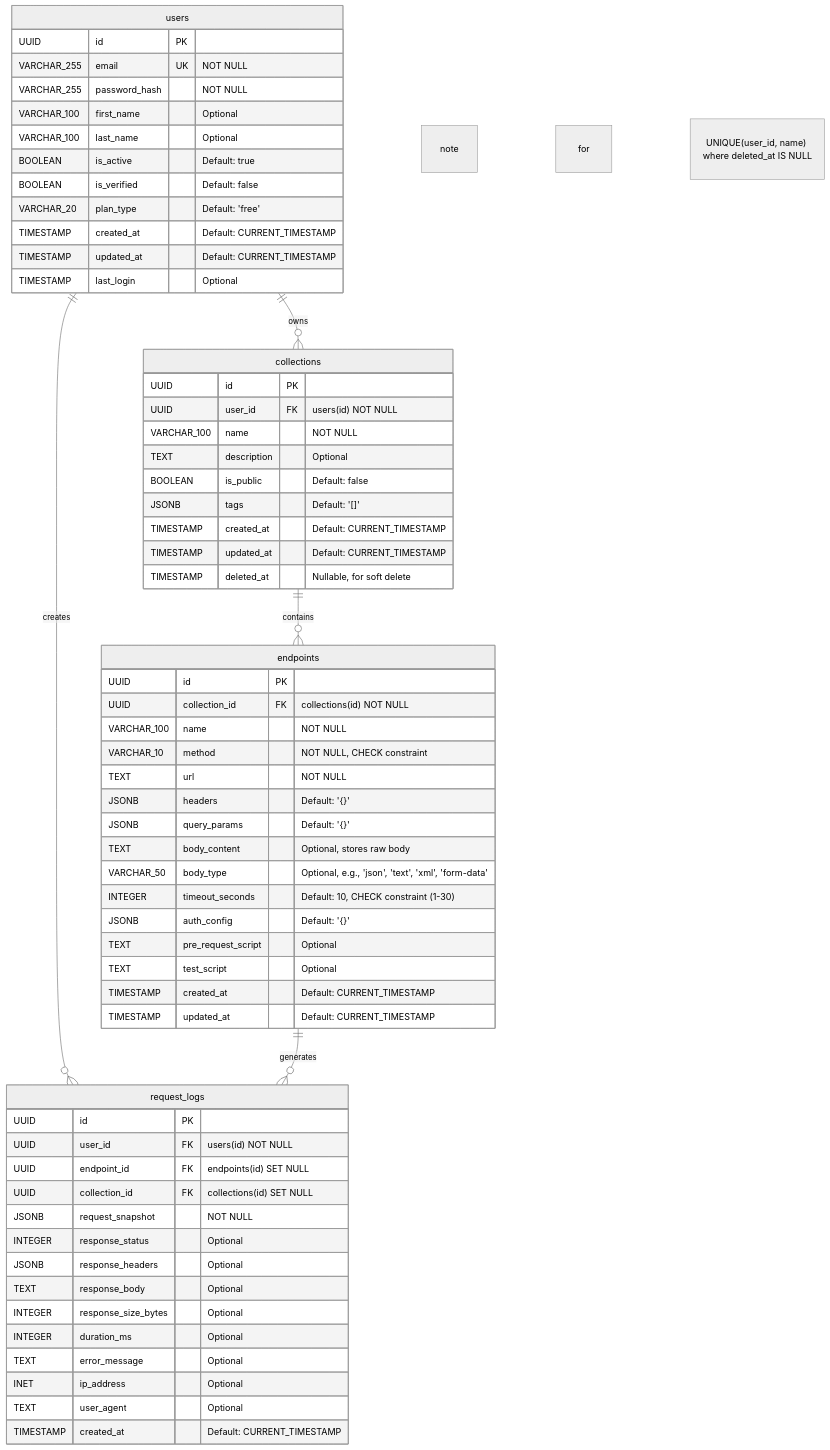
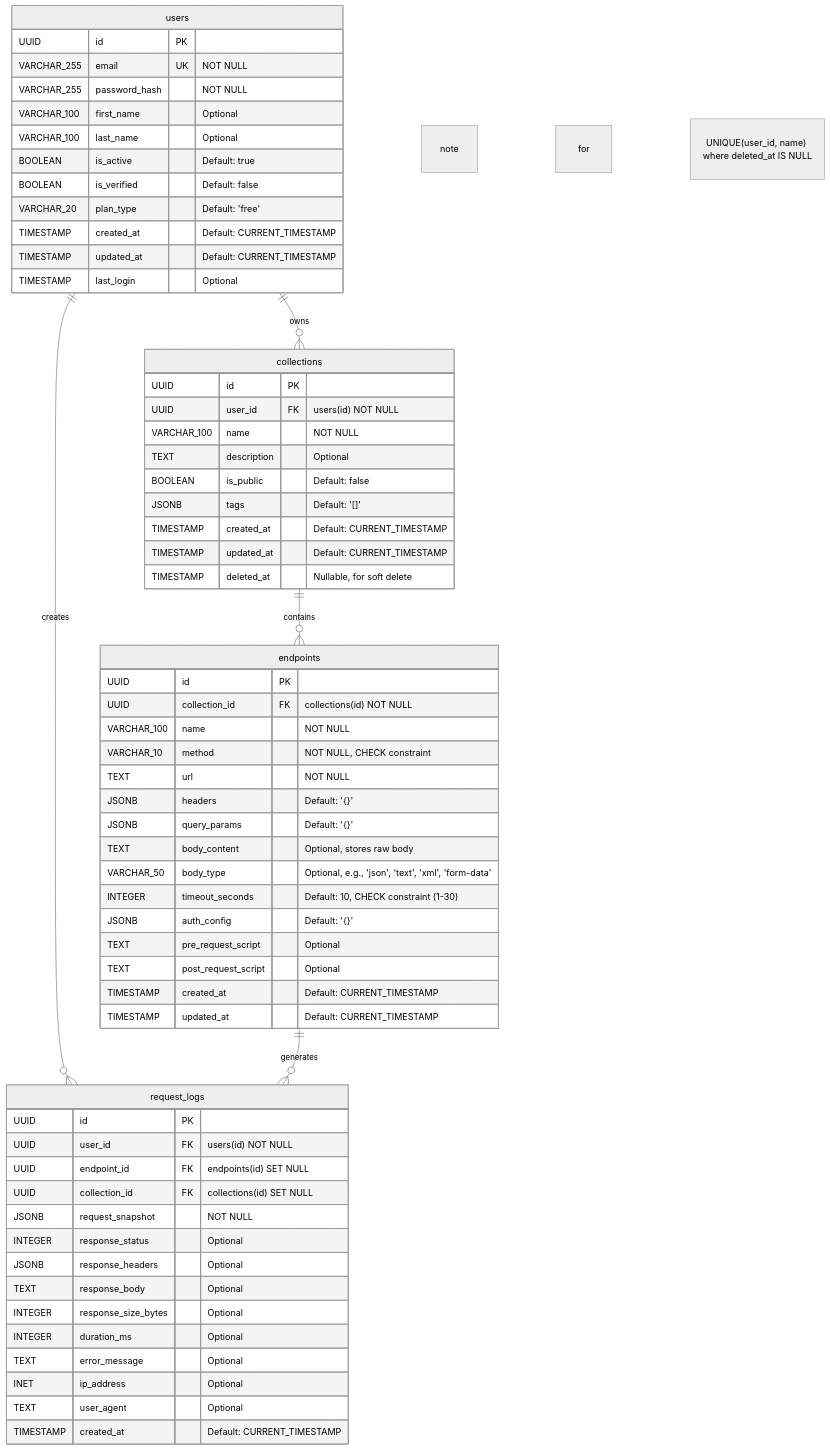
Before and after one commit to 0x3at/Postkid: the diagram in docs/Models/Data Models.md, drawn with Mermaid (neutral theme). The commit also changed other lines of this file and 12 other files, not shown here.

````diff
--- a/docs/Models/Data Models.md
+++ b/docs/Models/Data Models.md
@@ -9,67 +9,67 @@
 ```mermaid
 erDiagram
     users {
         UUID id PK
         VARCHAR_255 email UK "NOT NULL"
         VARCHAR_255 password_hash "NOT NULL"
         VARCHAR_100 first_name "Optional"
         VARCHAR_100 last_name "Optional"
         BOOLEAN is_active "Default: true"
         BOOLEAN is_verified "Default: false"
         VARCHAR_20 plan_type "Default: 'free'"
         TIMESTAMP created_at "Default: CURRENT_TIMESTAMP"
         TIMESTAMP updated_at "Default: CURRENT_TIMESTAMP"
         TIMESTAMP last_login "Optional"
     }
     collections {
         UUID id PK
         UUID user_id FK "users(id) NOT NULL"
         VARCHAR_100 name "NOT NULL"
         TEXT description "Optional"
         BOOLEAN is_public "Default: false"
         JSONB tags "Default: '[]'"
         TIMESTAMP created_at "Default: CURRENT_TIMESTAMP"
         TIMESTAMP updated_at "Default: CURRENT_TIMESTAMP"
         TIMESTAMP deleted_at "Nullable, for soft delete"
     }
     endpoints {
         UUID id PK
         UUID collection_id FK "collections(id) NOT NULL"
         VARCHAR_100 name "NOT NULL"
         VARCHAR_10 method "NOT NULL, CHECK constraint"
         TEXT url "NOT NULL"
         JSONB headers "Default: '{}'"
         JSONB query_params "Default: '{}'"
         TEXT body_content "Optional, stores raw body"
         VARCHAR_50 body_type "Optional, e.g., 'json', 'text', 'xml', 'form-data'"
         INTEGER timeout_seconds "Default: 10, CHECK constraint (1-30)"
         JSONB auth_config "Default: '{}'"
         TEXT pre_request_script "Optional"
-        TEXT test_script "Optional"
+        TEXT post_request_script "Optional"
         TIMESTAMP created_at "Default: CURRENT_TIMESTAMP"
         TIMESTAMP updated_at "Default: CURRENT_TIMESTAMP"
     }
     request_logs {
         UUID id PK
         UUID user_id FK "users(id) NOT NULL"
         UUID endpoint_id FK "endpoints(id) SET NULL"
         UUID collection_id FK "collections(id) SET NULL"
         JSONB request_snapshot "NOT NULL"
         INTEGER response_status "Optional"
         JSONB response_headers "Optional"
         TEXT response_body "Optional"
         INTEGER response_size_bytes "Optional"
         INTEGER duration_ms "Optional"
         TEXT error_message "Optional"
         INET ip_address "Optional"
         TEXT user_agent "Optional"
         TIMESTAMP created_at "Default: CURRENT_TIMESTAMP"
     }
 
     users ||--o{ collections : "owns"
     collections ||--o{ endpoints : "contains"
     users ||--o{ request_logs : "creates"
     endpoints ||--o{ request_logs : "generates"
 
     note for collections "UNIQUE(user_id, name) where deleted_at IS NULL"
 ```
````
